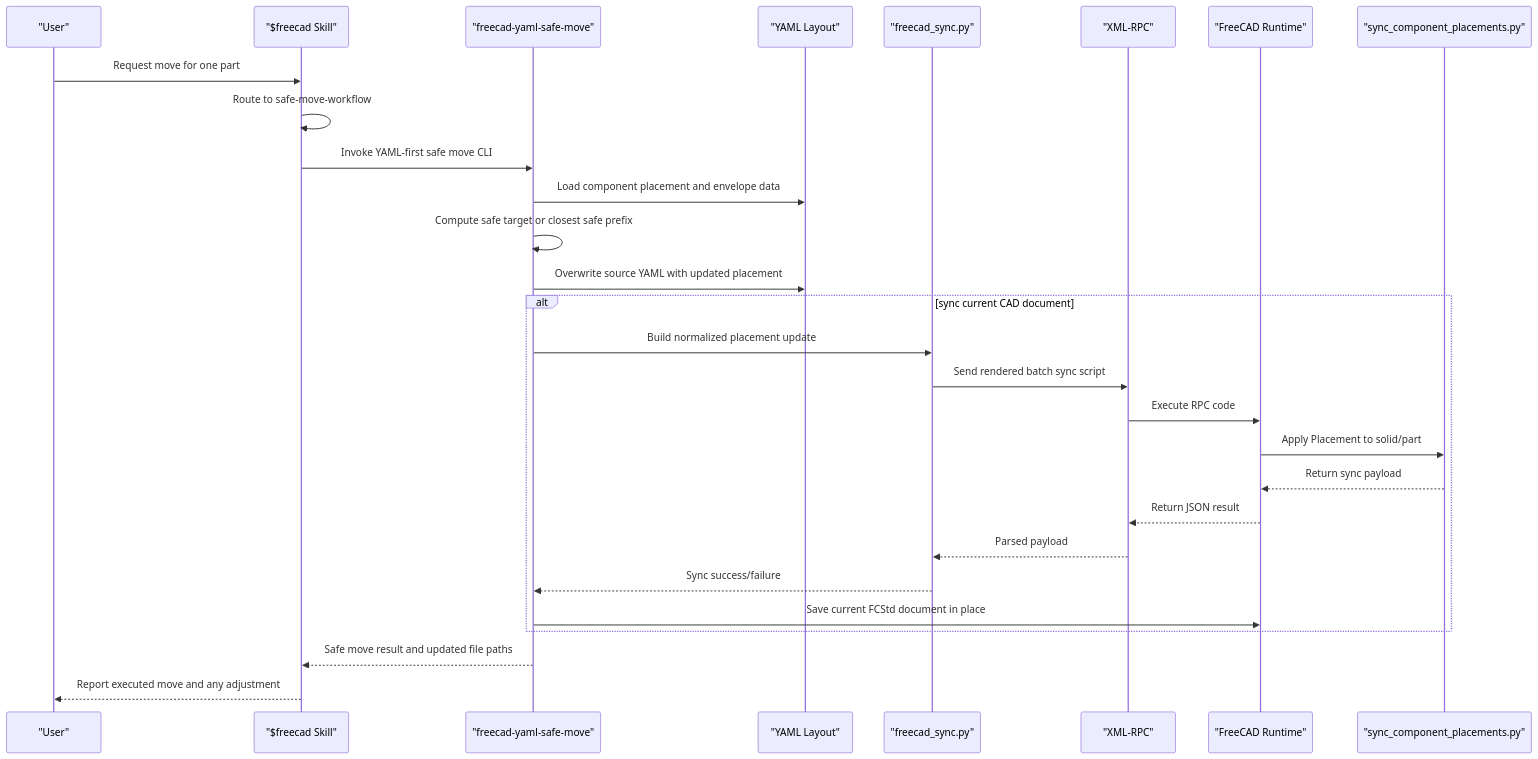
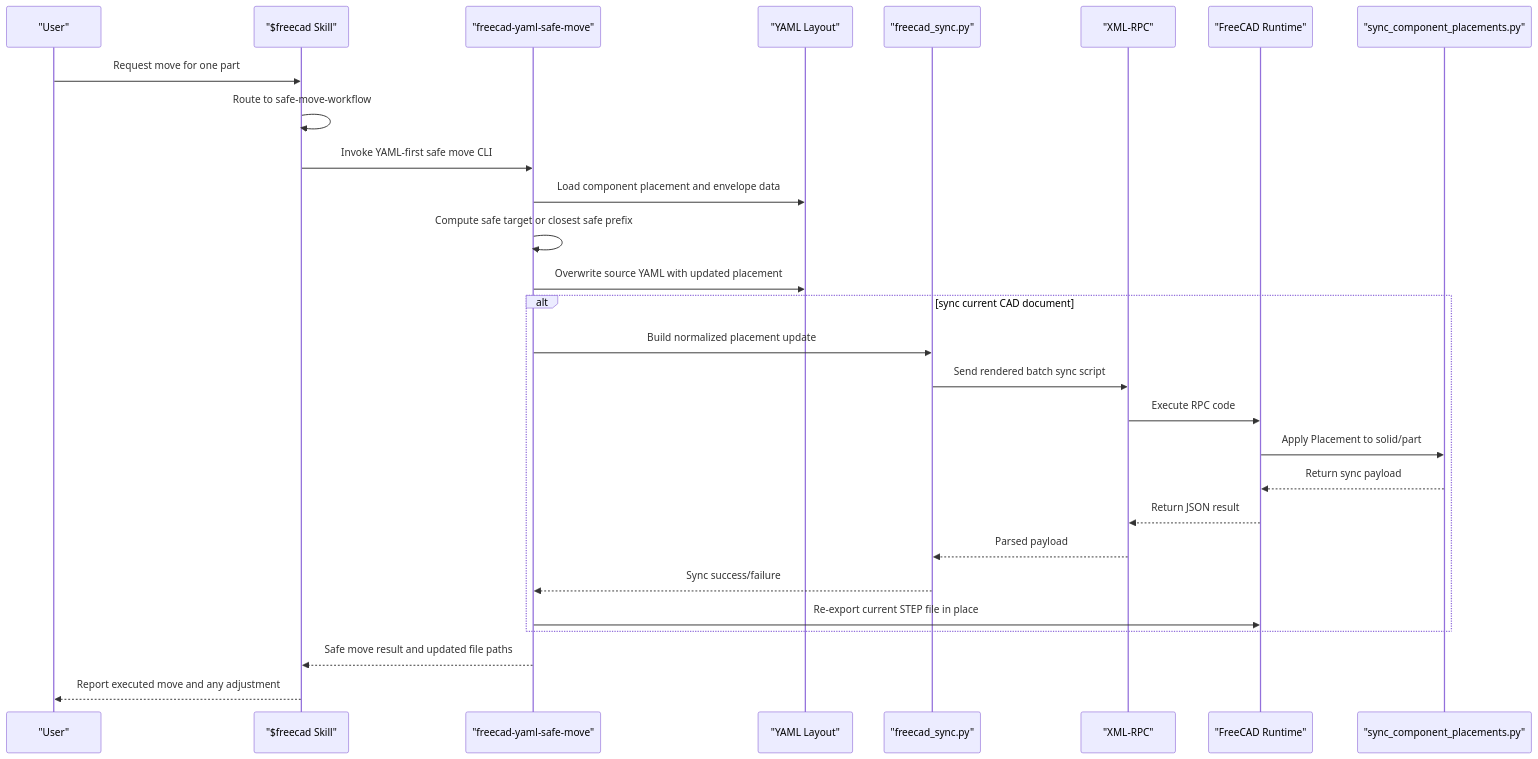
The third of 3 diagrams in docs/ARCHITECTURE.md (Bokai502/freecad-skill), drawn with Mermaid before and after one commit. The commit also changed other lines of this file and 36 other files, not shown here.

````diff
--- a/docs/ARCHITECTURE.md
+++ b/docs/ARCHITECTURE.md
@@ -64,33 +64,33 @@
 ```mermaid
 sequenceDiagram
     participant U as "User"
     participant K as "$freecad Skill"
     participant C as "freecad-yaml-safe-move"
     participant Y as "YAML Layout"
     participant S as "freecad_sync.py"
     participant X as "XML-RPC"
     participant F as "FreeCAD Runtime"
     participant R as "sync_component_placements.py"
 
     U->>K: Request move for one part
     K->>K: Route to safe-move-workflow
     K->>C: Invoke YAML-first safe move CLI
     C->>Y: Load component placement and envelope data
     C->>C: Compute safe target or closest safe prefix
     C->>Y: Overwrite source YAML with updated placement
 
     alt sync current CAD document
         C->>S: Build normalized placement update
         S->>X: Send rendered batch sync script
         X->>F: Execute RPC code
         F->>R: Apply Placement to solid/part
         R-->>F: Return sync payload
         F-->>X: Return JSON result
         X-->>S: Parsed payload
         S-->>C: Sync success/failure
-        C->>F: Save current FCStd document in place
+        C->>F: Re-export current STEP file in place
     end
 
     C-->>K: Safe move result and updated file paths
     K-->>U: Report executed move and any adjustment
 ```
````
